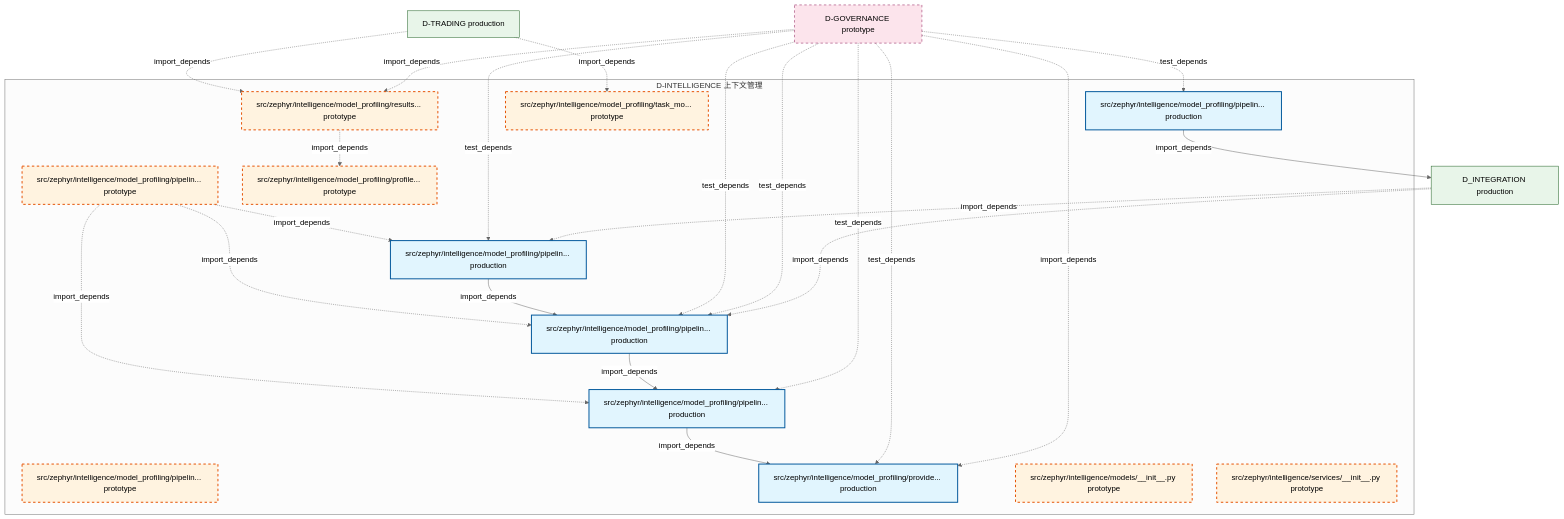
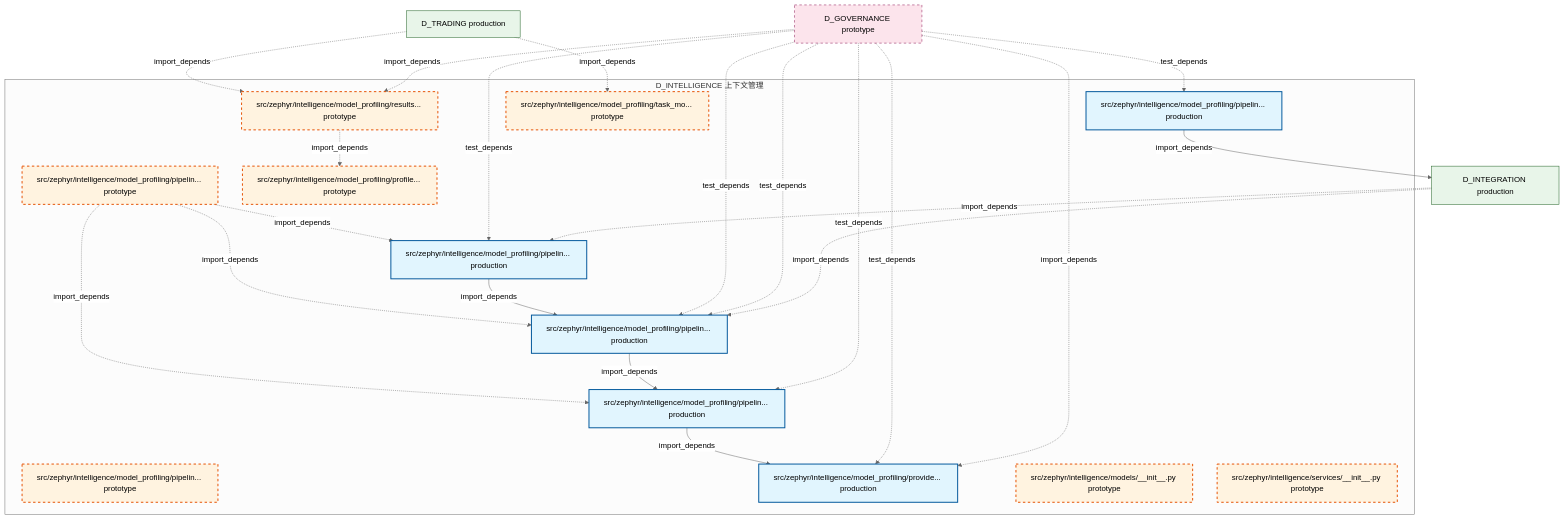
Before and after one commit to xuanFelixVan/ZephyrAlpha: the second of 2 diagrams in docs/02_enterprise_architecture/02_domain_architecture_docs/40_d_intelligence.md, drawn with Mermaid (neutral theme). The commit also changed other lines of this file and 106 other files, not shown here.

````diff
--- a/docs/02_enterprise_architecture/02_domain_architecture_docs/40_d_intelligence.md
+++ b/docs/02_enterprise_architecture/02_domain_architecture_docs/40_d_intelligence.md
@@ -145,48 +144,48 @@
 ```mermaid
 graph TD
-    subgraph D_INTELLIGENCE["D-INTELLIGENCE 上下文管理"]
+    subgraph D_INTELLIGENCE["D_INTELLIGENCE 上下文管理"]
         src_zephyr_intelligence_model_profiling_pipeline_routing_cli_py["src/zephyr/intelligence/model_profiling/pipelin... prototype"]
         src_zephyr_intelligence_model_profiling_pipeline_routing_deepseek_v4_chat_py["src/zephyr/intelligence/model_profiling/pipelin... prototype"]
         src_zephyr_intelligence_model_profiling_pipeline_routing_model_discovery_py["src/zephyr/intelligence/model_profiling/pipelin... production"]
         src_zephyr_intelligence_model_profiling_pipeline_routing_profiler_py["src/zephyr/intelligence/model_profiling/pipelin... production"]
         src_zephyr_intelligence_model_profiling_pipeline_routing_results_writer_py["src/zephyr/intelligence/model_profiling/pipelin... production"]
         src_zephyr_intelligence_model_profiling_pipeline_routing_task_model_learner_py["src/zephyr/intelligence/model_profiling/pipelin... production"]
         src_zephyr_intelligence_model_profiling_profiler_py["src/zephyr/intelligence/model_profiling/profile... prototype"]
         src_zephyr_intelligence_model_profiling_provider_data_py["src/zephyr/intelligence/model_profiling/provide... production"]
         src_zephyr_intelligence_model_profiling_results_writer_py["src/zephyr/intelligence/model_profiling/results... prototype"]
         src_zephyr_intelligence_model_profiling_task_model_learner_py["src/zephyr/intelligence/model_profiling/task_mo... prototype"]
         src_zephyr_intelligence_models_init_py["src/zephyr/intelligence/models/__init__.py prototype"]
         src_zephyr_intelligence_services_init_py["src/zephyr/intelligence/services/__init__.py prototype"]
     end
     src_zephyr_intelligence_model_profiling_results_writer_py -.->|import_depends| src_zephyr_intelligence_model_profiling_profiler_py
     src_zephyr_intelligence_model_profiling_pipeline_routing_cli_py -.->|import_depends| src_zephyr_intelligence_model_profiling_pipeline_routing_profiler_py
     src_zephyr_intelligence_model_profiling_pipeline_routing_cli_py -.->|import_depends| src_zephyr_intelligence_model_profiling_pipeline_routing_model_discovery_py
     src_zephyr_intelligence_model_profiling_pipeline_routing_cli_py -.->|import_depends| src_zephyr_intelligence_model_profiling_pipeline_routing_results_writer_py
     src_zephyr_intelligence_model_profiling_pipeline_routing_profiler_py -->|import_depends| src_zephyr_intelligence_model_profiling_pipeline_routing_model_discovery_py
     src_zephyr_intelligence_model_profiling_pipeline_routing_model_discovery_py -->|import_depends| src_zephyr_intelligence_model_profiling_provider_data_py
     src_zephyr_intelligence_model_profiling_pipeline_routing_results_writer_py -->|import_depends| src_zephyr_intelligence_model_profiling_pipeline_routing_profiler_py
     D_INTEGRATION["D_INTEGRATION production"]
     src_zephyr_intelligence_model_profiling_pipeline_routing_task_model_learner_py -->|import_depends| D_INTEGRATION
-    D_TRADING["D-TRADING production"]
+    D_TRADING["D_TRADING production"]
     D_TRADING -.->|import_depends| src_zephyr_intelligence_model_profiling_results_writer_py
-    D_GOVERNANCE["D-GOVERNANCE prototype"]
+    D_GOVERNANCE["D_GOVERNANCE prototype"]
     D_GOVERNANCE -.->|import_depends| src_zephyr_intelligence_model_profiling_results_writer_py
     D_TRADING -.->|import_depends| src_zephyr_intelligence_model_profiling_task_model_learner_py
     D_GOVERNANCE -.->|test_depends| src_zephyr_intelligence_model_profiling_provider_data_py
     D_GOVERNANCE -.->|import_depends| src_zephyr_intelligence_model_profiling_provider_data_py
     D_GOVERNANCE -.->|test_depends| src_zephyr_intelligence_model_profiling_pipeline_routing_profiler_py
     D_GOVERNANCE -.->|test_depends| src_zephyr_intelligence_model_profiling_pipeline_routing_profiler_py
     D_INTEGRATION -.->|import_depends| src_zephyr_intelligence_model_profiling_pipeline_routing_profiler_py
     D_GOVERNANCE -.->|test_depends| src_zephyr_intelligence_model_profiling_pipeline_routing_model_discovery_py
     D_GOVERNANCE -.->|test_depends| src_zephyr_intelligence_model_profiling_pipeline_routing_task_model_learner_py
     D_GOVERNANCE -.->|test_depends| src_zephyr_intelligence_model_profiling_pipeline_routing_results_writer_py
     D_INTEGRATION -.->|import_depends| src_zephyr_intelligence_model_profiling_pipeline_routing_results_writer_py
     classDef production fill:#e1f5fe,stroke:#01579b,stroke-width:2px,color:#000
     classDef design fill:#fff3e0,stroke:#e65100,stroke-width:2px,color:#000,stroke-dasharray: 5 5
     classDef external_prod fill:#e8f5e9,stroke:#1b5e20,stroke-width:1px,color:#000
     classDef external_design fill:#fce4ec,stroke:#880e4f,stroke-width:1px,color:#000,stroke-dasharray: 5 5
     class src_zephyr_intelligence_model_profiling_pipeline_routing_model_discovery_py,src_zephyr_intelligence_model_profiling_pipeline_routing_profiler_py,src_zephyr_intelligence_model_profiling_pipeline_routing_results_writer_py,src_zephyr_intelligence_model_profiling_pipeline_routing_task_model_learner_py,src_zephyr_intelligence_model_profiling_provider_data_py production
     class src_zephyr_intelligence_model_profiling_pipeline_routing_cli_py,src_zephyr_intelligence_model_profiling_pipeline_routing_deepseek_v4_chat_py,src_zephyr_intelligence_model_profiling_profiler_py,src_zephyr_intelligence_model_profiling_results_writer_py,src_zephyr_intelligence_model_profiling_task_model_learner_py,src_zephyr_intelligence_models_init_py,src_zephyr_intelligence_services_init_py design
     class D_INTEGRATION,D_TRADING external_prod
     class D_GOVERNANCE external_design
 ```
````
